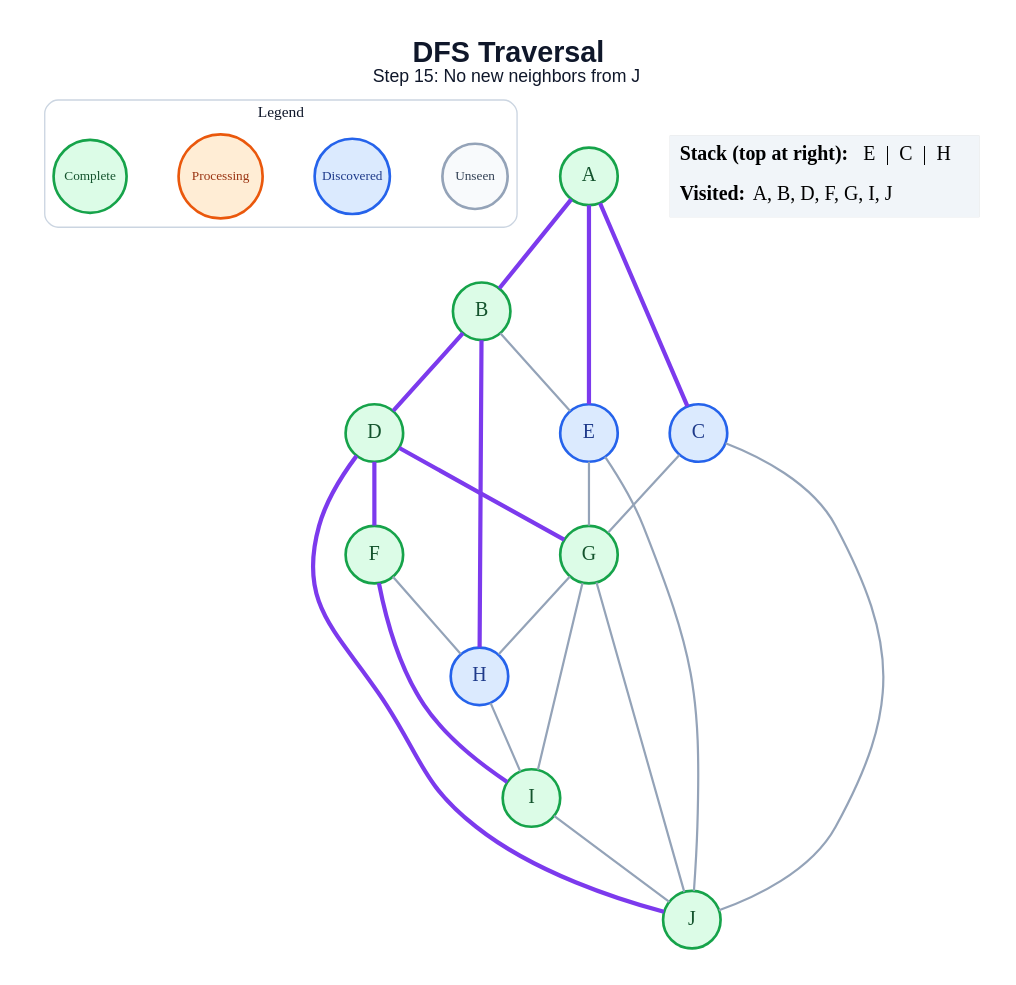
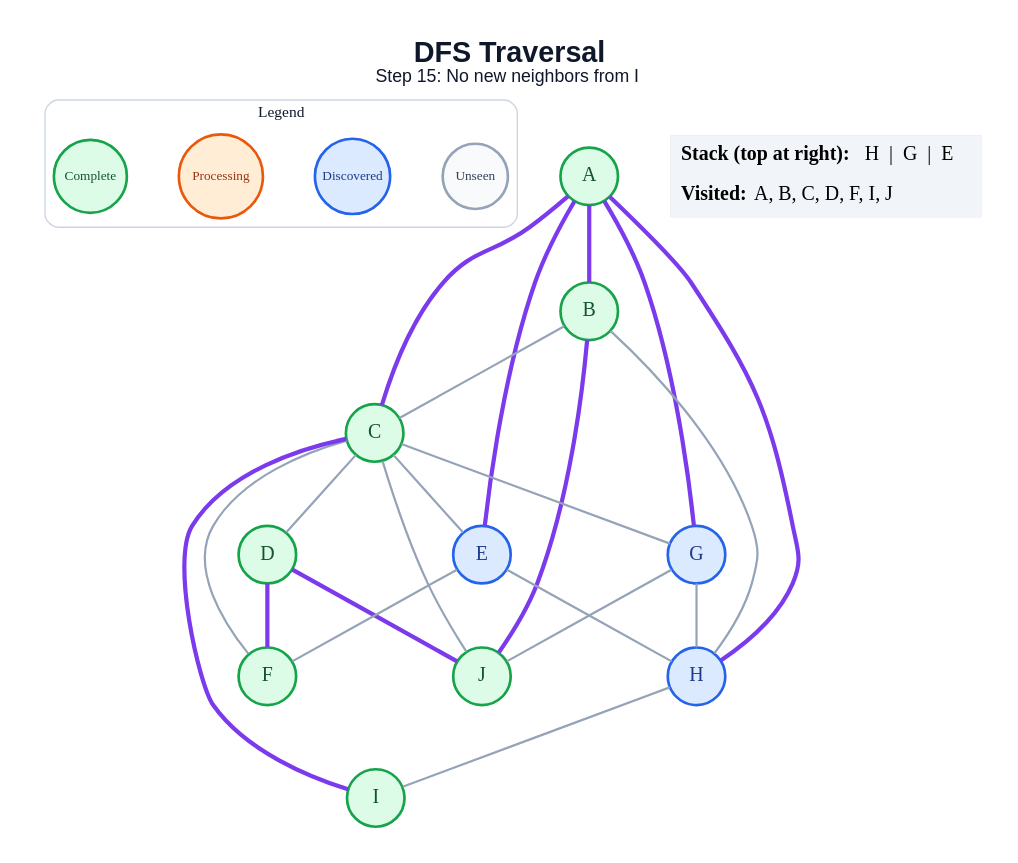
The diagram in generated/dfs/step_15.dot (anon7238593-create/ai-slop), drawn with Graphviz before and after one commit. The commit also changed 171 other files, not shown here.

```diff
--- a/generated/dfs/step_15.dot
+++ b/generated/dfs/step_15.dot
@@ -1,49 +1,50 @@
 graph traversal {
   graph [layout=dot, rankdir=TB, bgcolor="#FFFFFF", pad="0.35", nodesep="0.65", ranksep="0.8", fontname="Arial"];
   node [shape=circle, style="filled", fontname="Arial Bold", fontsize=18, width=0.72, fixedsize=true, penwidth=2.4];
   edge [color="#94A3B8", penwidth=2.0];
-  label=<<B>DFS Traversal</B><BR/><FONT POINT-SIZE="16">Step 15: No new neighbors from J</FONT>>; labelloc="t"; fontsize=26; fontname="Arial"; fontcolor="#0F172A";
+  label=<<B>DFS Traversal</B><BR/><FONT POINT-SIZE="16">Step 15: No new neighbors from I</FONT>>; labelloc="t"; fontsize=26; fontname="Arial"; fontcolor="#0F172A";
   subgraph cluster_legend { label="Legend"; color="#CBD5E1"; penwidth=1.2; style="rounded"; fontsize=14; fontname="Arial Bold";
     key_unseen [label="Unseen", fillcolor="#F8FAFC", color="#94A3B8", fontcolor="#334155", fontsize=12, width=0.82];
     key_frontier [label="Discovered", fillcolor="#DBEAFE", color="#2563EB", fontcolor="#1E3A8A", fontsize=12, width=0.95];
     key_current [label="Processing", fillcolor="#FFEDD5", color="#EA580C", fontcolor="#9A3412", fontsize=12, width=1.05];
     key_done [label="Complete", fillcolor="#DCFCE7", color="#16A34A", fontcolor="#14532D", fontsize=12, width=0.92];
     { rank=same; key_unseen; key_frontier; key_current; key_done; }
   }
   A [fillcolor="#DCFCE7", color="#16A34A", fontcolor="#14532D"];
   B [fillcolor="#DCFCE7", color="#16A34A", fontcolor="#14532D"];
-  C [fillcolor="#DBEAFE", color="#2563EB", fontcolor="#1E3A8A"];
+  C [fillcolor="#DCFCE7", color="#16A34A", fontcolor="#14532D"];
   D [fillcolor="#DCFCE7", color="#16A34A", fontcolor="#14532D"];
   E [fillcolor="#DBEAFE", color="#2563EB", fontcolor="#1E3A8A"];
   F [fillcolor="#DCFCE7", color="#16A34A", fontcolor="#14532D"];
-  G [fillcolor="#DCFCE7", color="#16A34A", fontcolor="#14532D"];
+  G [fillcolor="#DBEAFE", color="#2563EB", fontcolor="#1E3A8A"];
   H [fillcolor="#DBEAFE", color="#2563EB", fontcolor="#1E3A8A"];
   I [fillcolor="#DCFCE7", color="#16A34A", fontcolor="#14532D"];
   J [fillcolor="#DCFCE7", color="#16A34A", fontcolor="#14532D"];
   A -- B [color="#7C3AED", penwidth=3.8];
   A -- C [color="#7C3AED", penwidth=3.8];
   A -- E [color="#7C3AED", penwidth=3.8];
-  B -- D [color="#7C3AED", penwidth=3.8];
-  B -- E;
-  B -- H [color="#7C3AED", penwidth=3.8];
+  A -- G [color="#7C3AED", penwidth=3.8];
+  A -- H [color="#7C3AED", penwidth=3.8];
+  B -- C;
+  B -- H;
+  B -- J [color="#7C3AED", penwidth=3.8];
+  C -- D;
+  C -- E;
+  C -- F;
   C -- G;
+  C -- I [color="#7C3AED", penwidth=3.8];
   C -- J;
   D -- F [color="#7C3AED", penwidth=3.8];
-  D -- G [color="#7C3AED", penwidth=3.8];
   D -- J [color="#7C3AED", penwidth=3.8];
-  E -- G;
-  E -- J;
-  F -- H;
-  F -- I [color="#7C3AED", penwidth=3.8];
+  E -- F;
+  E -- H;
   G -- H;
-  G -- I;
   G -- J;
   H -- I;
-  I -- J;
   status [shape=plain, fixedsize=false, width=0, height=0, margin=0, label=<
     <TABLE BORDER="0" CELLBORDER="0" CELLPADDING="7" BGCOLOR="#F1F5F9">
-      <TR><TD ALIGN="LEFT"><B>Stack (top at right):</B> E  |  C  |  H</TD></TR>
-      <TR><TD ALIGN="LEFT"><B>Visited:</B> A, B, D, F, G, I, J</TD></TR>
+      <TR><TD ALIGN="LEFT"><B>Stack (top at right):</B> H  |  G  |  E</TD></TR>
+      <TR><TD ALIGN="LEFT"><B>Visited:</B> A, B, C, D, F, I, J</TD></TR>
     </TABLE>
   >];
 }
```
